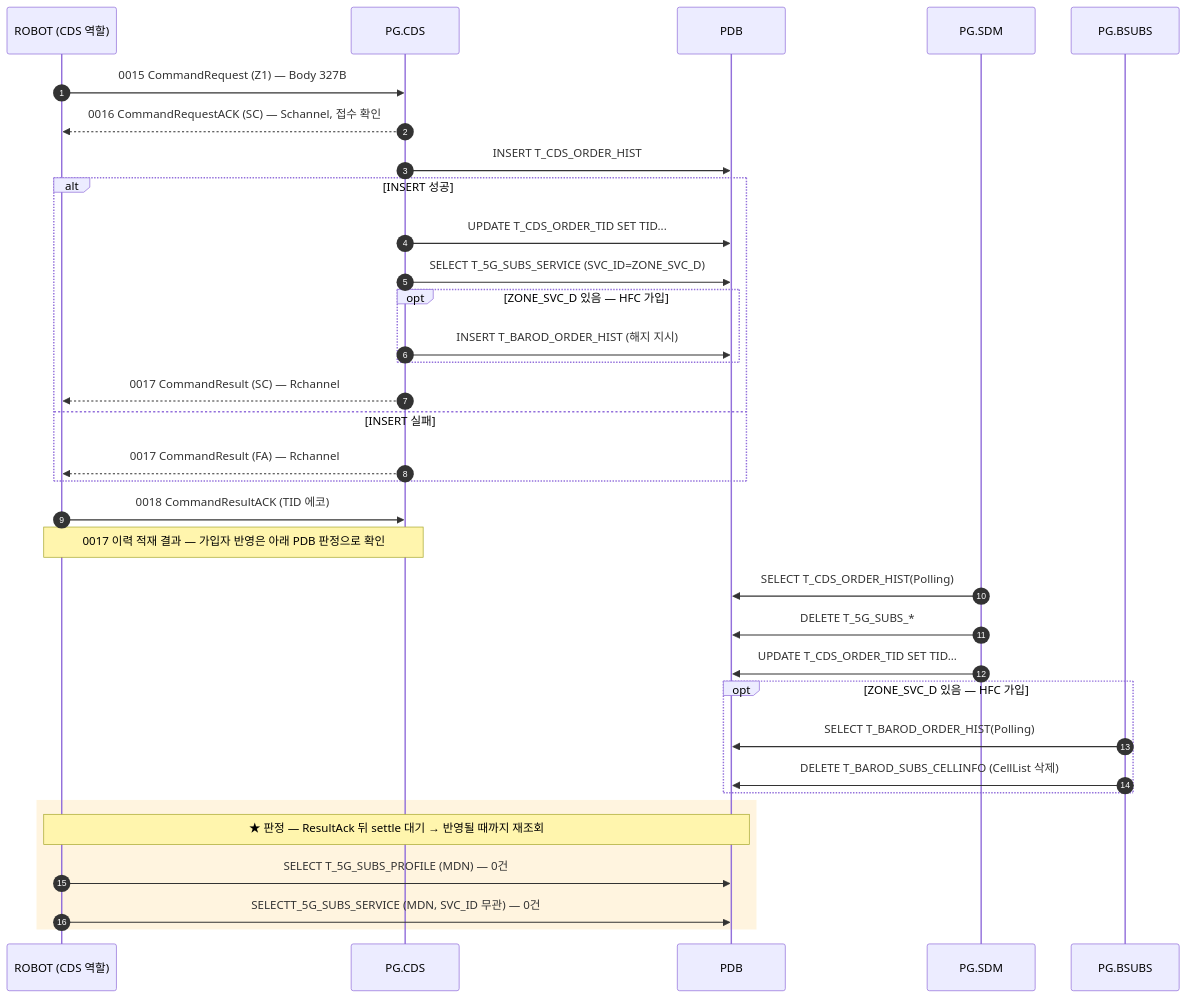
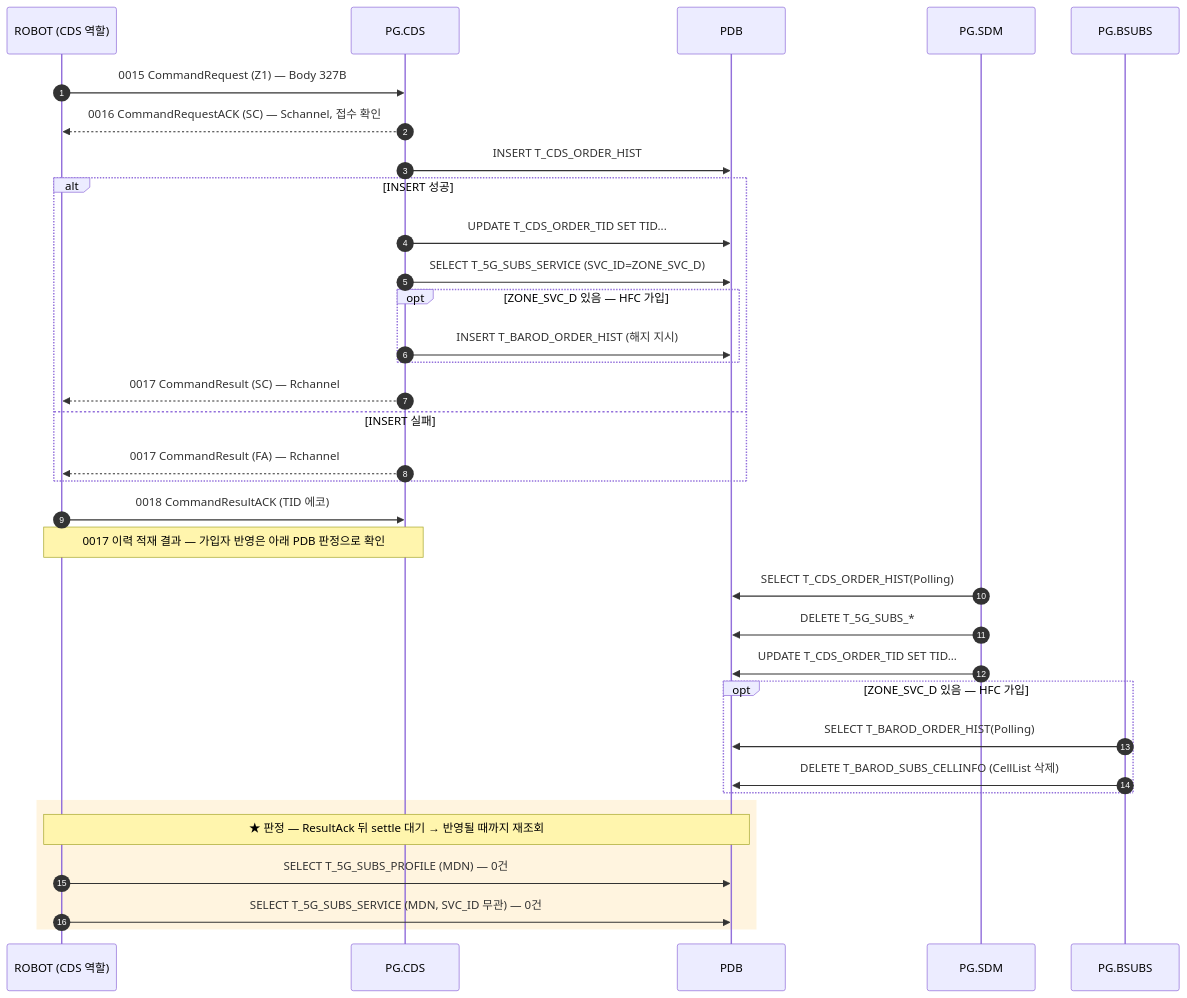
One commit to IanKim2030/tc4robot changed the diagram in docs/callflow/CDS_Z1.md. Above: the diagram before and after it, drawn with Mermaid. The commit also changed 2 other files, not shown here.

Commit message:
fixed: CDS 쿠폰 정리

````diff
--- a/docs/callflow/CDS_Z1.md
+++ b/docs/callflow/CDS_Z1.md
@@ -17,38 +17,38 @@
 ```mermaid
 sequenceDiagram
     autonumber
     participant TOOL as ROBOT (CDS 역할)
     participant PCDS as PG.CDS
     participant PDB as PDB
     participant SDM as PG.SDM
     participant BSUBS as PG.BSUBS
 
     TOOL->>PCDS: 0015 CommandRequest (Z1) — Body 327B
     PCDS-->>TOOL: 0016 CommandRequestACK (SC) — Schannel, 접수 확인
     PCDS->>PDB: INSERT T_CDS_ORDER_HIST
     alt INSERT 성공
         PCDS->>PDB: UPDATE T_CDS_ORDER_TID SET TID...
         PCDS->>PDB: SELECT T_5G_SUBS_SERVICE (SVC_ID=ZONE_SVC_D)
         opt ZONE_SVC_D 있음 — HFC 가입
             PCDS->>PDB: INSERT T_BAROD_ORDER_HIST (해지 지시)
         end
         PCDS-->>TOOL: 0017 CommandResult (SC) — Rchannel
     else INSERT 실패
         PCDS-->>TOOL: 0017 CommandResult (FA) — Rchannel
     end
     TOOL->>PCDS: 0018 CommandResultACK (TID 에코)
     Note over TOOL,PCDS: 0017 이력 적재 결과 — 가입자 반영은 아래 PDB 판정으로 확인
 
     SDM->>PDB: SELECT T_CDS_ORDER_HIST(Polling)
     SDM->>PDB: DELETE T_5G_SUBS_*
     SDM->>PDB: UPDATE T_CDS_ORDER_TID SET TID...
     opt ZONE_SVC_D 있음 — HFC 가입
         BSUBS->>PDB: SELECT T_BAROD_ORDER_HIST(Polling)
         BSUBS->>PDB: DELETE T_BAROD_SUBS_CELLINFO (CellList 삭제)
     end
     rect rgba(255, 176, 32, 0.14)
     Note over TOOL,PDB: ★ 판정 — ResultAck 뒤 settle 대기 → 반영될 때까지 재조회
         TOOL->>PDB: SELECT T_5G_SUBS_PROFILE (MDN) — 0건
-        TOOL->>PDB: SELECTT_5G_SUBS_SERVICE (MDN, SVC_ID 무관) — 0건
+        TOOL->>PDB: SELECT T_5G_SUBS_SERVICE (MDN, SVC_ID 무관) — 0건
     end
 ```
````
